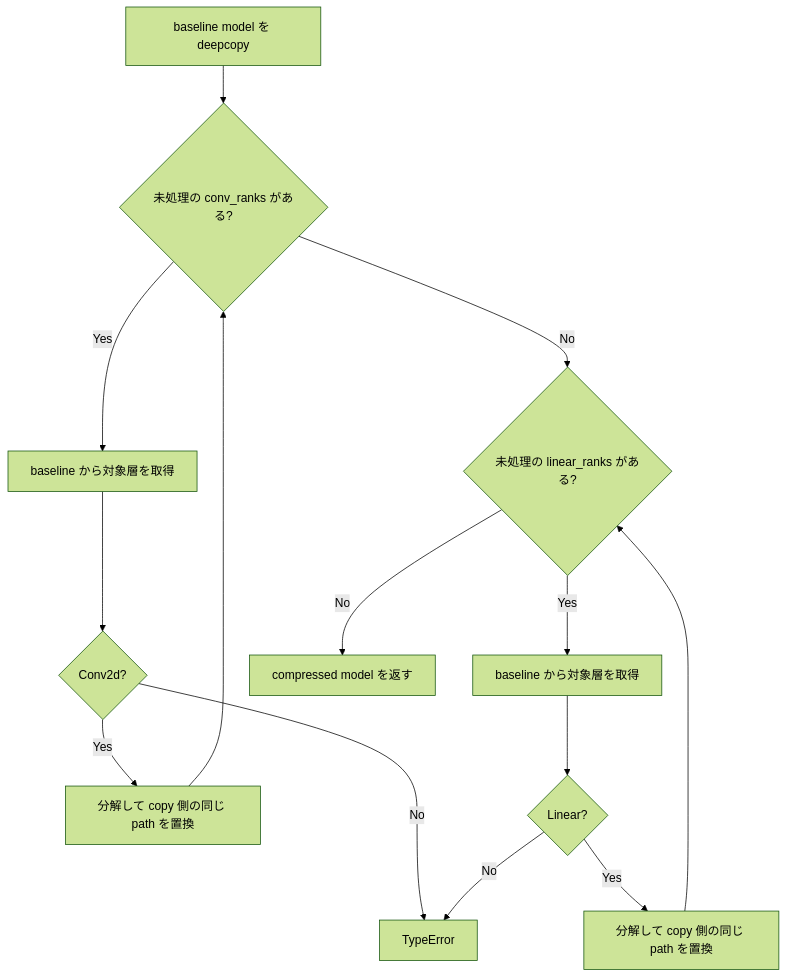
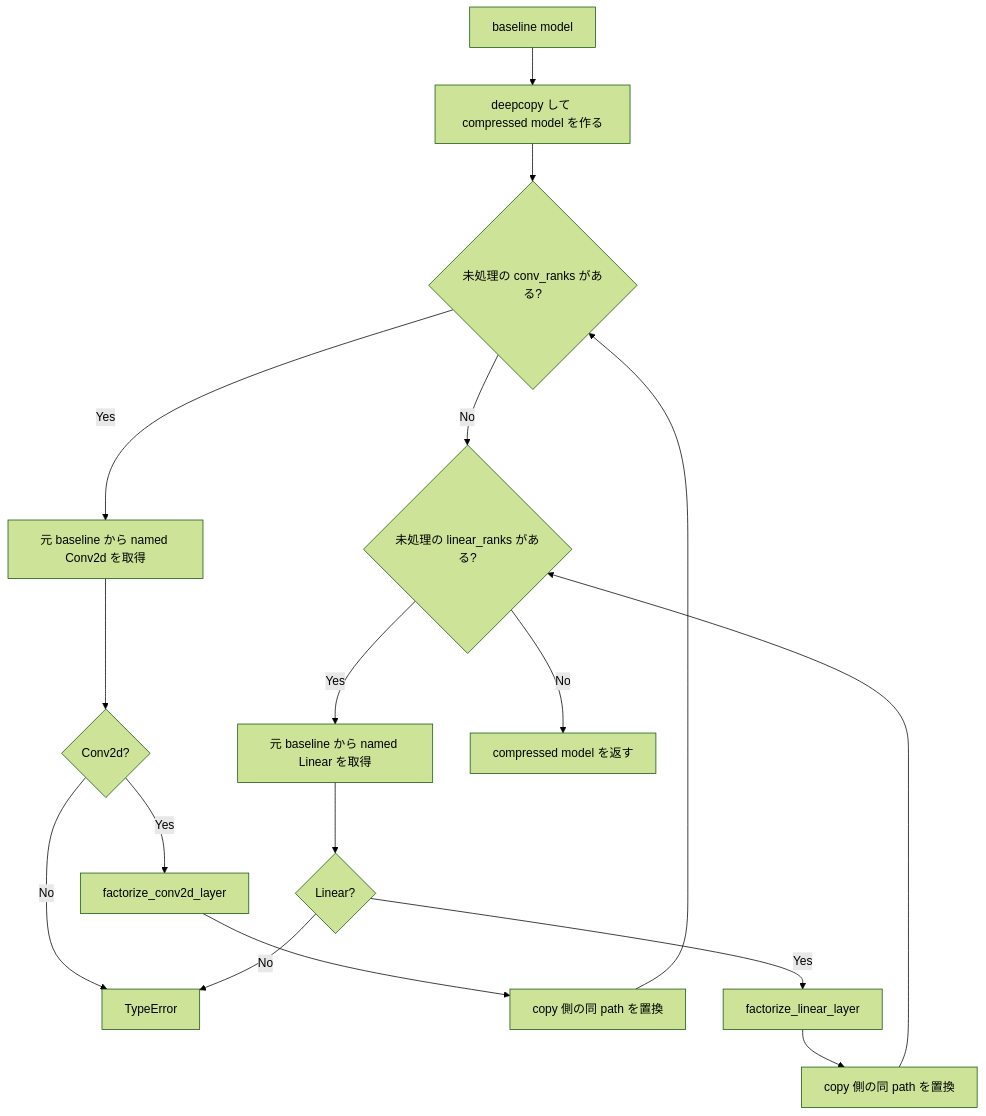
One commit to astrare2480/nn-compression-svd-dmrg changed the first of 3 diagrams in docs/07_src設計/05_Core_API_v1/compression/factorize_named_layers.md. Above: the diagram before and after it, drawn with Mermaid (forest theme). The commit also changed other lines of this file and 43 other files, not shown here.

Commit message:
docs: clarify API semantics and diagram usage

````diff
--- a/docs/07_src設計/05_Core_API_v1/compression/factorize_named_layers.md
+++ b/docs/07_src設計/05_Core_API_v1/compression/factorize_named_layers.md
@@ -53,19 +53,19 @@
 ```mermaid
 flowchart TD
-    A["baseline model を deepcopy"] --> B{"未処理の conv_ranks がある?"}
-
-    B -- Yes --> C["baseline から対象層を取得"]
-    C --> D{"Conv2d?"}
-    D -- No --> X["TypeError"]
-    D -- Yes --> E["分解して copy 側の同じ path を置換"]
-    E --> B
-
-    B -- No --> F{"未処理の linear_ranks がある?"}
-    F -- Yes --> G["baseline から対象層を取得"]
-    G --> H{"Linear?"}
-    H -- No --> X
-    H -- Yes --> I["分解して copy 側の同じ path を置換"]
-    I --> F
-
-    F -- No --> J["compressed model を返す"]
+    A["baseline model"] --> B["deepcopy して compressed model を作る"]
+    B --> C{"未処理の conv_ranks がある?"}
+    C -- Yes --> D["元 baseline から named Conv2d を取得"]
+    D --> E{"Conv2d?"}
+    E -- No --> X["TypeError"]
+    E -- Yes --> F["factorize_conv2d_layer"]
+    F --> G["copy 側の同 path を置換"]
+    G --> C
+    C -- No --> H{"未処理の linear_ranks がある?"}
+    H -- Yes --> I["元 baseline から named Linear を取得"]
+    I --> J{"Linear?"}
+    J -- No --> X
+    J -- Yes --> K["factorize_linear_layer"]
+    K --> L["copy 側の同 path を置換"]
+    L --> H
+    H -- No --> M["compressed model を返す"]
 ```
````
